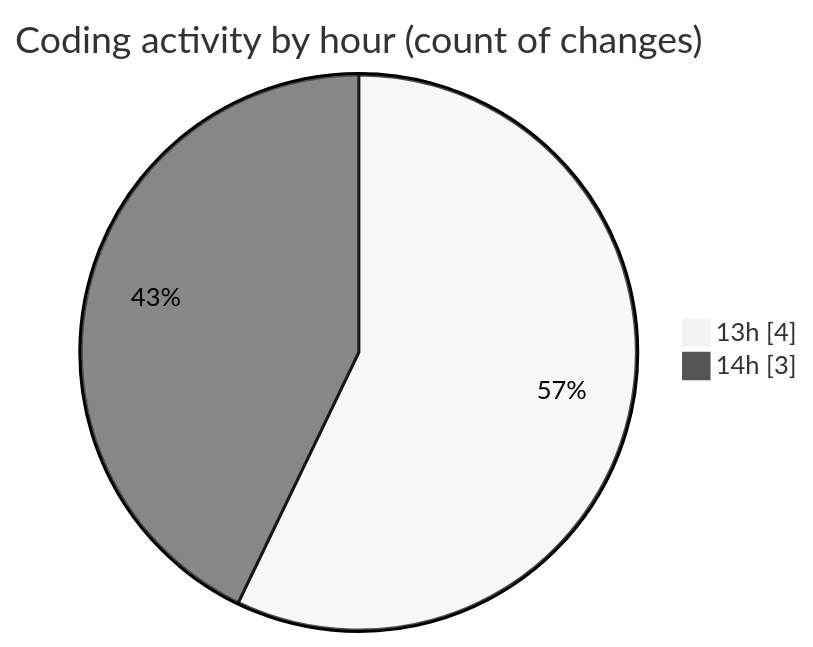
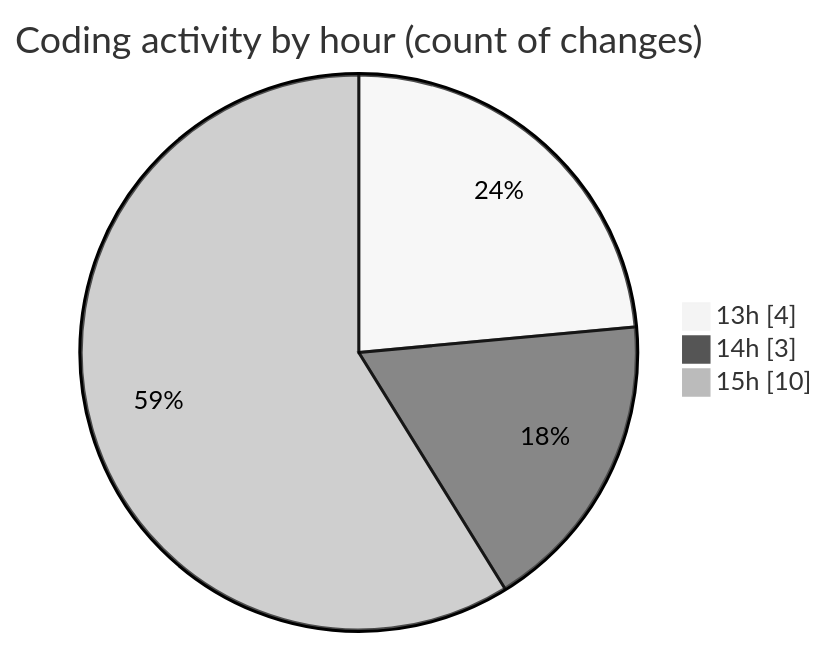
One commit to EIIisD/code-tracking changed the second of 2 diagrams in 2025-08-11/ribbon/README.md. Above: the diagram before and after it, drawn with Mermaid (neutral theme). The commit also changed other lines of this file and 1 other file, not shown here.

````diff
--- a/2025-08-11/ribbon/README.md
+++ b/2025-08-11/ribbon/README.md
@@ -33,6 +39,7 @@
 ```mermaid
 pie showData
 title Coding activity by hour (count of changes)
 "13h" : 4
 "14h" : 3
+"15h" : 10
 ```
````
